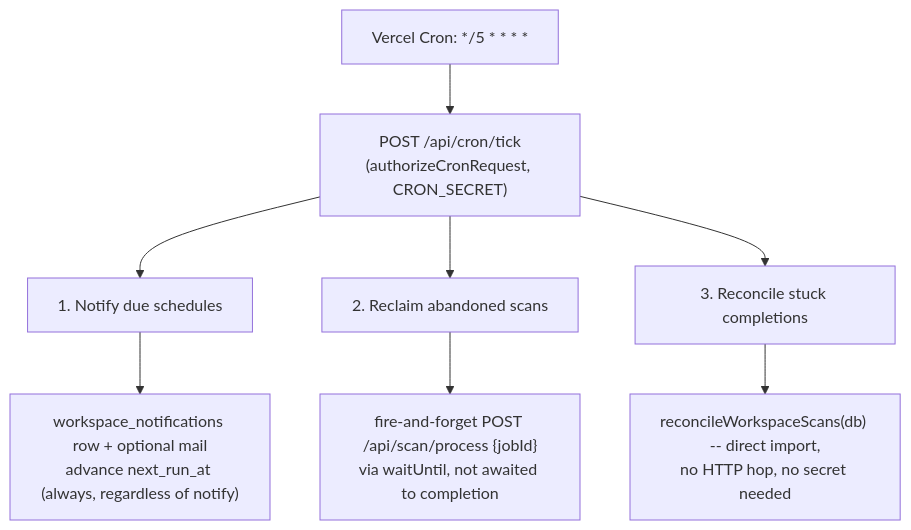
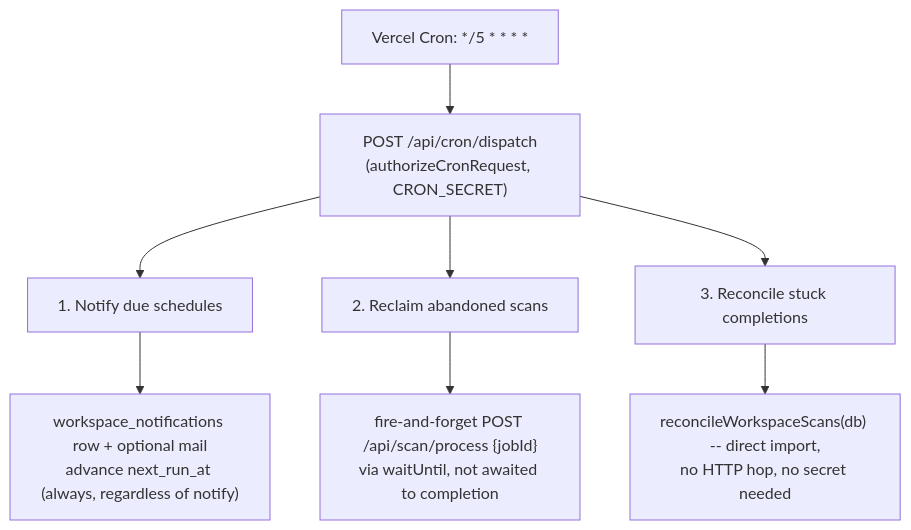
Before and after one commit to YNWAforever/smeassistant: the diagram in docs/superpowers/specs/2026-09-13-scan-scheduler-trigger-design.md, drawn with Mermaid. The commit also changed other lines of this file, not shown here.

First line of the commit message:
docs: fix stale route path and drop an undelivered email claim from the design doc

````diff
--- a/docs/superpowers/specs/2026-09-13-scan-scheduler-trigger-design.md
+++ b/docs/superpowers/specs/2026-09-13-scan-scheduler-trigger-design.md
@@ -29,10 +29,10 @@
 ```mermaid
 flowchart TD
-    Cron["Vercel Cron: */5 * * * *"] --> Route["POST /api/cron/tick\n(authorizeCronRequest, CRON_SECRET)"]
+    Cron["Vercel Cron: */5 * * * *"] --> Route["POST /api/cron/dispatch\n(authorizeCronRequest, CRON_SECRET)"]
     Route --> A["1. Notify due schedules"]
     Route --> B["2. Reclaim abandoned scans"]
     Route --> C["3. Reconcile stuck completions"]
     A --> A1["workspace_notifications row + optional mail\nadvance next_run_at (always, regardless of notify)"]
     B --> B1["fire-and-forget POST /api/scan/process {jobId}\nvia waitUntil, not awaited to completion"]
     C --> C1["reconcileWorkspaceScans(db) -- direct import,\nno HTTP hop, no secret needed"]
 ```
````
